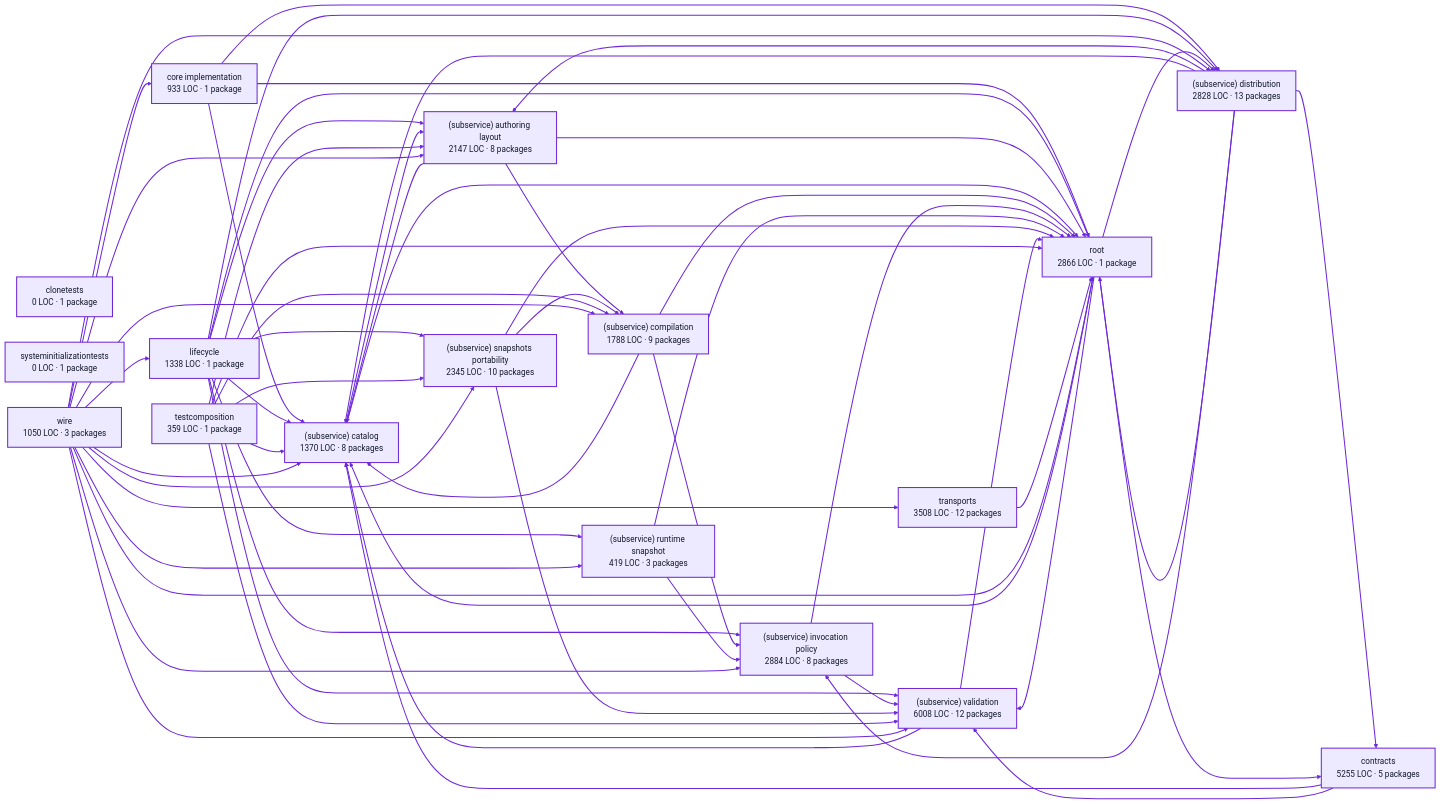
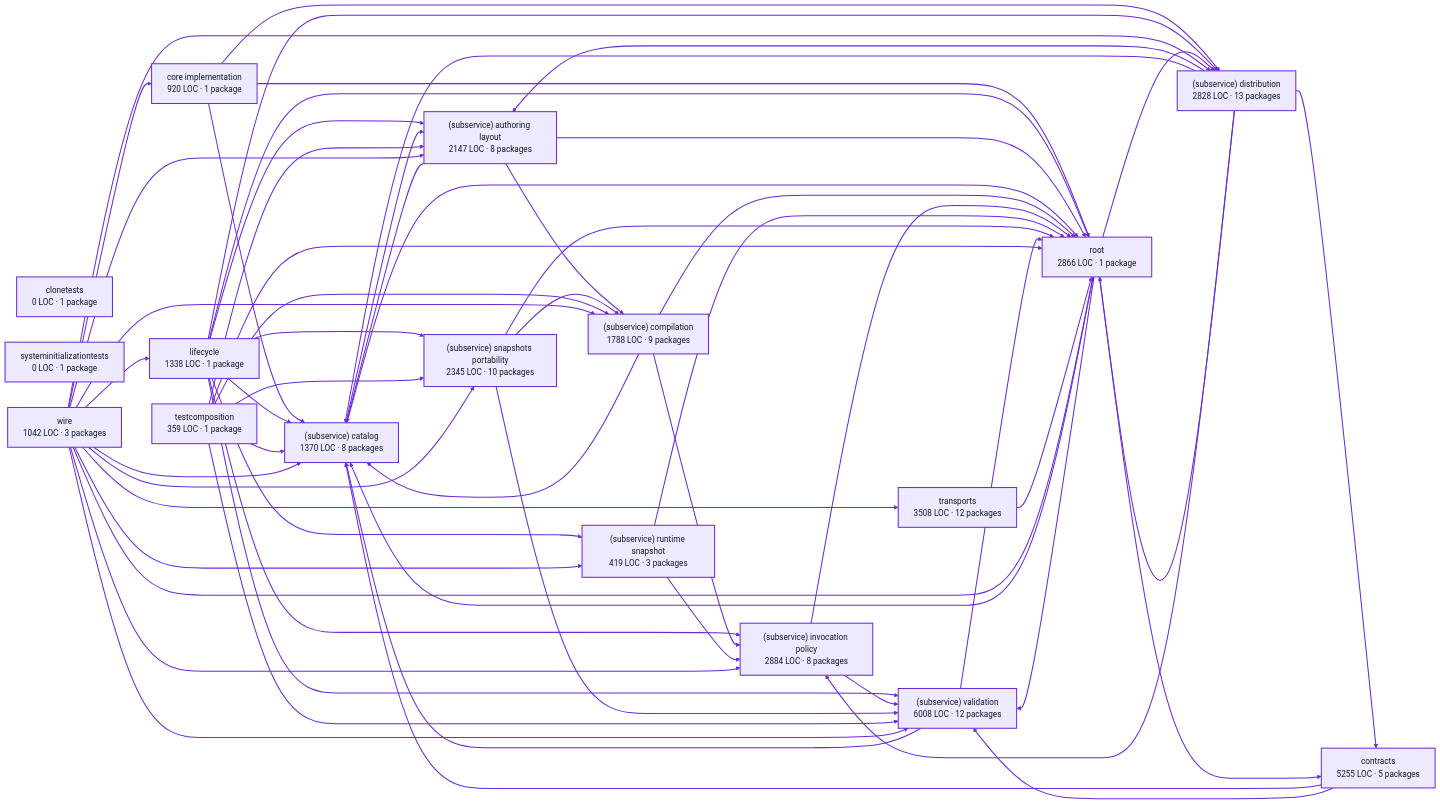
Before and after one commit to portpowered/you-agent-factory: the diagram in docs/architecture/visualizations/services/factory_definitions.md, drawn with Mermaid (base theme). The commit also changed other lines of this file and 21 other files, not shown here.

Commit message:
docs: refresh backend architecture visualizations

````diff
--- a/docs/architecture/visualizations/services/factory_definitions.md
+++ b/docs/architecture/visualizations/services/factory_definitions.md
@@ -11,7 +11,7 @@
 ```mermaid
 flowchart LR
   p0["clonetests<br/>0 LOC · 1 package"]
-  p1["core implementation<br/>933 LOC · 1 package"]
+  p1["core implementation<br/>920 LOC · 1 package"]
   p2["contracts<br/>5255 LOC · 5 packages"]
   p3["lifecycle<br/>1338 LOC · 1 package"]
   p4["(subservice) authoring layout<br/>2147 LOC · 8 packages"]
@@ -26,7 +26,7 @@
   p13["root<br/>2866 LOC · 1 package"]
   p14["systeminitializationtests<br/>0 LOC · 1 package"]
   p15["transports<br/>3508 LOC · 12 packages"]
-  p16["wire<br/>1050 LOC · 3 packages"]
+  p16["wire<br/>1042 LOC · 3 packages"]
   p1 --> p5
   p1 --> p7
   p1 --> p13
````
